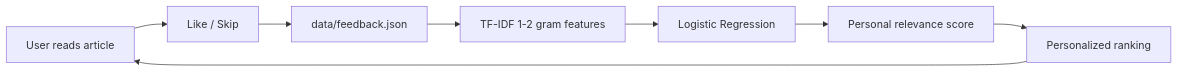
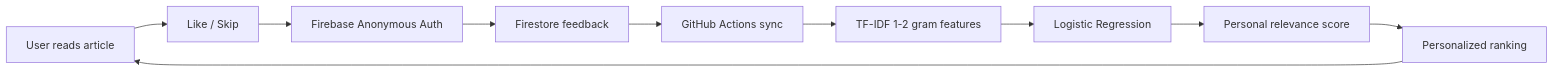
The second of 2 diagrams in README.md (muhammedshibilm/newsbrief-ai), drawn with Mermaid before and after one commit. The commit also changed other lines of this file, not shown here.

Commit message:
docs: update README with Firebase feedback pipeline

````diff
--- a/README.md
+++ b/README.md
@@ -167,10 +213,12 @@
 ```mermaid
 flowchart LR
     A[User reads article] --> B[Like / Skip]
-    B --> C[data/feedback.json]
-    C --> D[TF-IDF 1-2 gram features]
-    D --> E[Logistic Regression]
-    E --> F[Personal relevance score]
-    F --> G[Personalized ranking]
-    G --> A
+    B --> C[Firebase Anonymous Auth]
+    C --> D[Firestore feedback]
+    D --> E[GitHub Actions sync]
+    E --> F[TF-IDF 1-2 gram features]
+    F --> G[Logistic Regression]
+    G --> H[Personal relevance score]
+    H --> I[Personalized ranking]
+    I --> A
 ```
````
